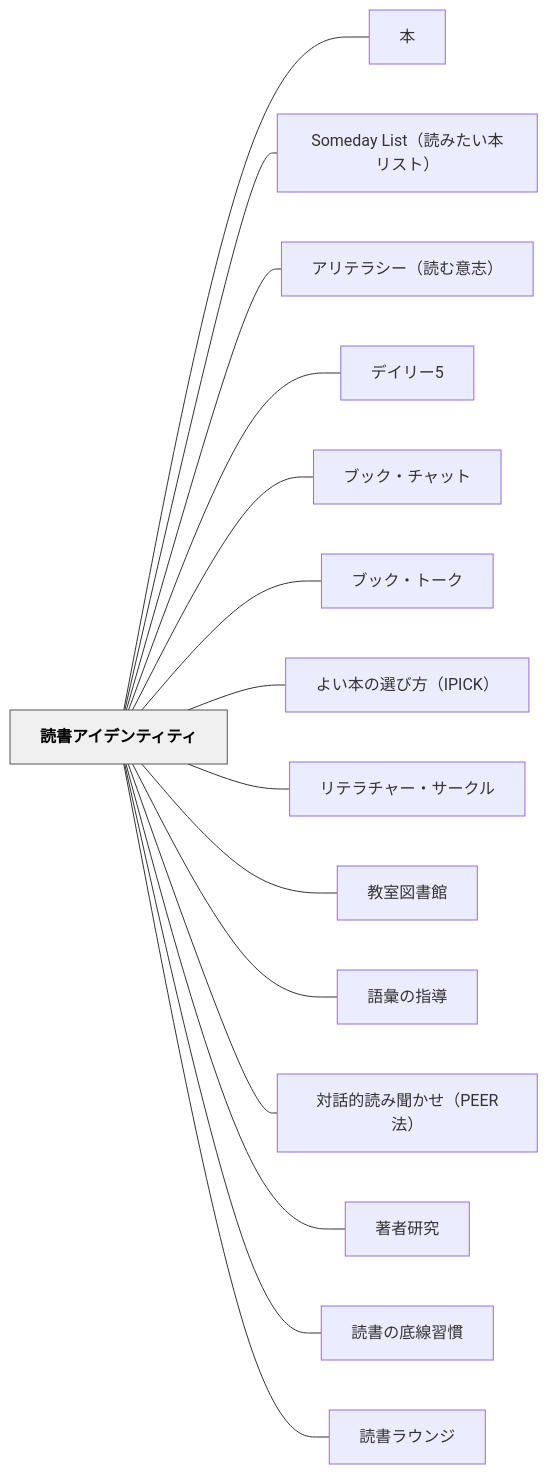
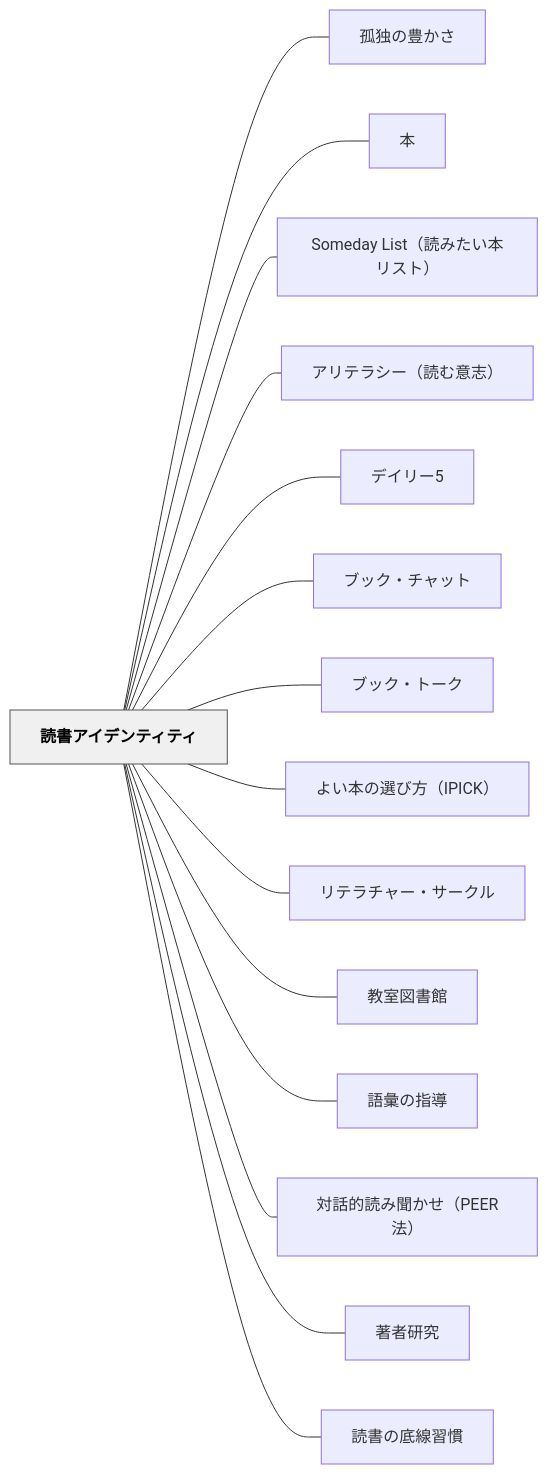
The diagram in content/パタン/読書アイデンティティ.md (unknownthings-ed-patterns/unknownthings-ed-patterns), drawn with Mermaid before and after one commit. The commit also changed other lines of this file and 21 other files, not shown here.

````diff
--- a/content/パタン/読書アイデンティティ.md
+++ b/content/パタン/読書アイデンティティ.md
@@ -226,36 +227,36 @@
 ```mermaid
 flowchart LR
     ne8aaade69bb8e382a2e382a4e38387e383b3e38386e382a3e38386e382a3["読書アイデンティティ"]
+    ne5ada4e78bace381aee8b18ae3818be38195["孤独の豊かさ"]
     ne69cac["本"]
     n536f6d65646179204c697374efbc88e8aaade381bfe3819fe38184e69cace383aae382b9e38388efbc89["Someday List（読みたい本リスト）"]
     ne382a2e383aae38386e383a9e382b7e383bcefbc88e8aaade38280e6848fe5bf97efbc89["アリテラシー（読む意志）"]
     ne38387e382a4e383aae383bc35["デイリー5"]
     ne38396e38383e382afe383bbe38381e383a3e38383e38388["ブック・チャット"]
     ne38396e38383e382afe383bbe38388e383bce382af["ブック・トーク"]
     ne38288e38184e69cace381aee981b8e381b3e696b9efbc88495049434befbc89["よい本の選び方（IPICK）"]
     ne383aae38386e383a9e38381e383a3e383bce383bbe382b5e383bce382afe383ab["リテラチャー・サークル"]
     ne69599e5aea4e59bb3e69bb8e9a4a8["教室図書館"]
     ne8aa9ee5bd99e381aee68c87e5b08e["語彙の指導"]
     ne5afbee8a9b1e79a84e8aaade381bfe8819ee3818be3819befbc8850454552e6b395efbc89["対話的読み聞かせ（PEER法）"]
     ne89197e88085e7a094e7a9b6["著者研究"]
     ne8aaade69bb8e381aee5ba95e7b79ae7bf92e685a3["読書の底線習慣"]
-    ne8aaade69bb8e383a9e382a6e383b3e382b8["読書ラウンジ"]
 
+    ne8aaade69bb8e382a2e382a4e38387e383b3e38386e382a3e38386e382a3 --- ne5ada4e78bace381aee8b18ae3818be38195
     ne8aaade69bb8e382a2e382a4e38387e383b3e38386e382a3e38386e382a3 --- ne69cac
     ne8aaade69bb8e382a2e382a4e38387e383b3e38386e382a3e38386e382a3 --- n536f6d65646179204c697374efbc88e8aaade381bfe3819fe38184e69cace383aae382b9e38388efbc89
     ne8aaade69bb8e382a2e382a4e38387e383b3e38386e382a3e38386e382a3 --- ne382a2e383aae38386e383a9e382b7e383bcefbc88e8aaade38280e6848fe5bf97efbc89
     ne8aaade69bb8e382a2e382a4e38387e383b3e38386e382a3e38386e382a3 --- ne38387e382a4e383aae383bc35
     ne8aaade69bb8e382a2e382a4e38387e383b3e38386e382a3e38386e382a3 --- ne38396e38383e382afe383bbe38381e383a3e38383e38388
     ne8aaade69bb8e382a2e382a4e38387e383b3e38386e382a3e38386e382a3 --- ne38396e38383e382afe383bbe38388e383bce382af
     ne8aaade69bb8e382a2e382a4e38387e383b3e38386e382a3e38386e382a3 --- ne38288e38184e69cace381aee981b8e381b3e696b9efbc88495049434befbc89
     ne8aaade69bb8e382a2e382a4e38387e383b3e38386e382a3e38386e382a3 --- ne383aae38386e383a9e38381e383a3e383bce383bbe382b5e383bce382afe383ab
     ne8aaade69bb8e382a2e382a4e38387e383b3e38386e382a3e38386e382a3 --- ne69599e5aea4e59bb3e69bb8e9a4a8
     ne8aaade69bb8e382a2e382a4e38387e383b3e38386e382a3e38386e382a3 --- ne8aa9ee5bd99e381aee68c87e5b08e
     ne8aaade69bb8e382a2e382a4e38387e383b3e38386e382a3e38386e382a3 --- ne5afbee8a9b1e79a84e8aaade381bfe8819ee3818be3819befbc8850454552e6b395efbc89
     ne8aaade69bb8e382a2e382a4e38387e383b3e38386e382a3e38386e382a3 --- ne89197e88085e7a094e7a9b6
     ne8aaade69bb8e382a2e382a4e38387e383b3e38386e382a3e38386e382a3 --- ne8aaade69bb8e381aee5ba95e7b79ae7bf92e685a3
-    ne8aaade69bb8e382a2e382a4e38387e383b3e38386e382a3e38386e382a3 --- ne8aaade69bb8e383a9e382a6e383b3e382b8
 
     classDef hub fill:#f0f0f0,stroke:#555,color:#000,font-weight:bold
     class ne8aaade69bb8e382a2e382a4e38387e383b3e38386e382a3e38386e382a3 hub
 ```
````
